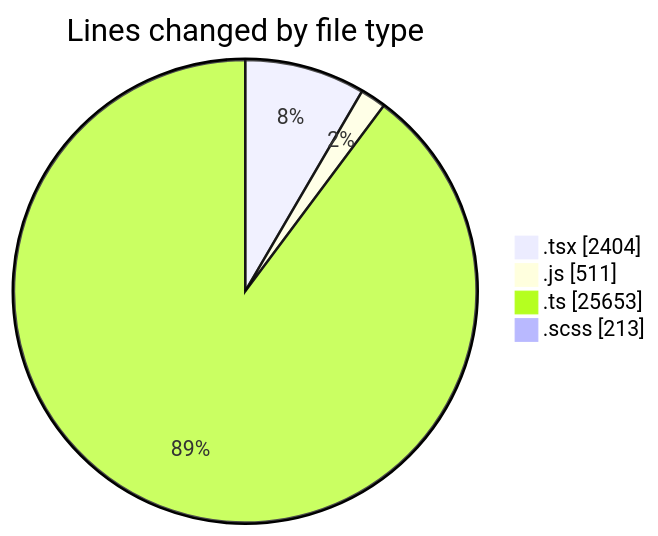
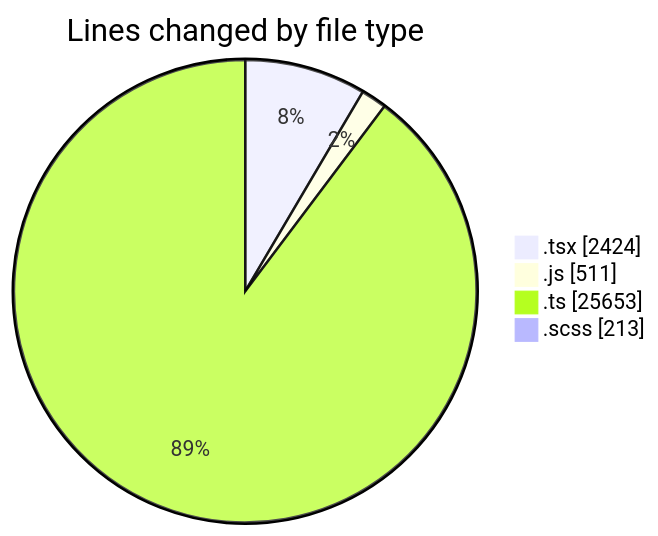
One commit to momahboobian/code-tracking changed the first of 2 diagrams in 2025-06-30/cda/README.md. Above: the diagram before and after it, drawn with Mermaid. The commit also changed other lines of this file and 1 other file, not shown here.

````diff
--- a/2025-06-30/cda/README.md
+++ b/2025-06-30/cda/README.md
@@ -41,8 +41,8 @@
 ```mermaid
 pie showData
 title Lines changed by file type
-".tsx" : 2404
+".tsx" : 2424
 ".js" : 511
 ".ts" : 25653
 ".scss" : 213
 ```
````
